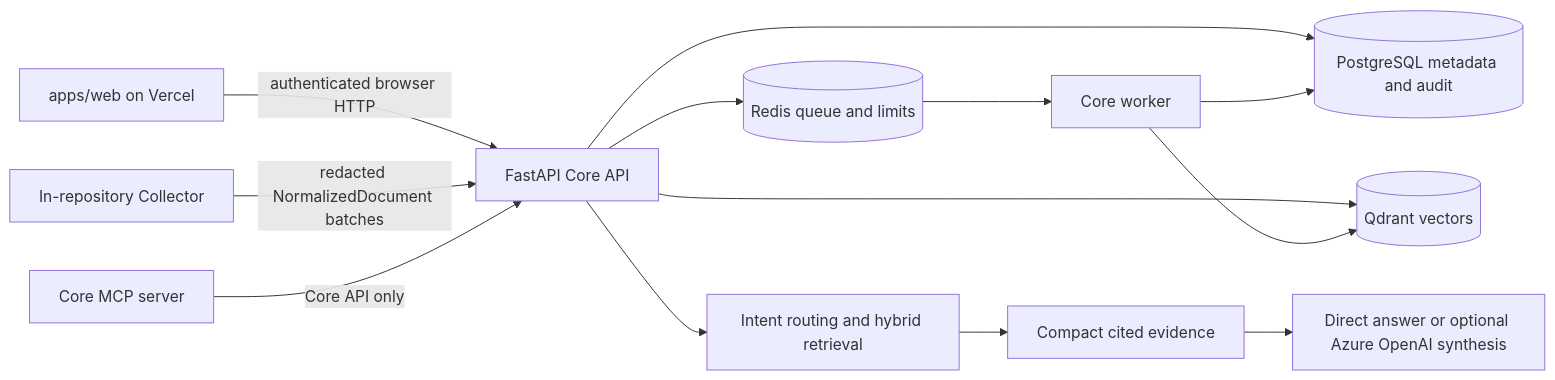
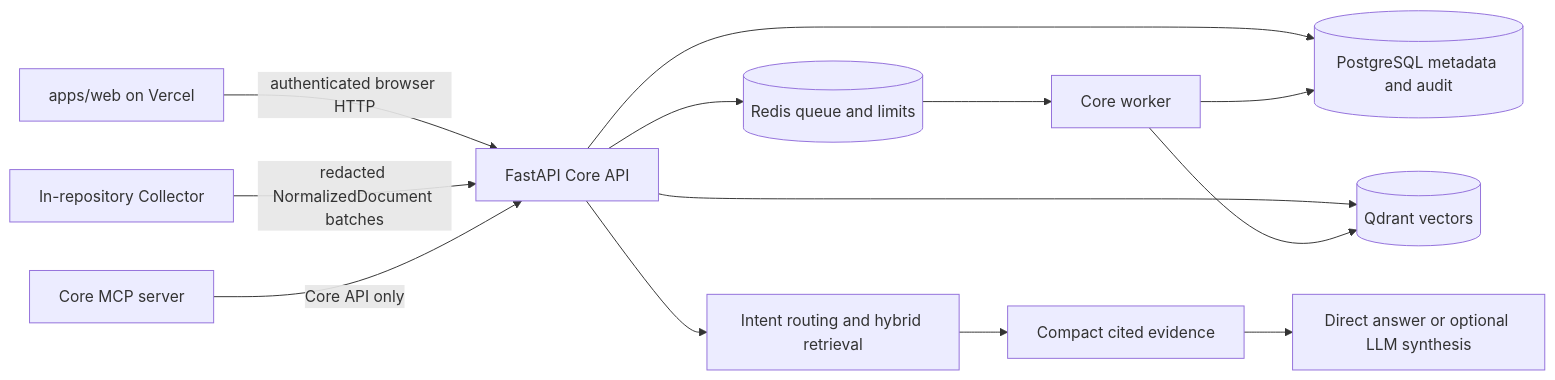
Before and after one commit to Auro-rium/Ops-Incident-Core: the diagram in README.md, drawn with Mermaid. The commit also changed other lines of this file and 1 other file, not shown here.

```diff
--- a/README.md
+++ b/README.md
@@ -28,15 +28,15 @@
 ~~~mermaid
 flowchart LR
   F[apps/web on Vercel] -->|authenticated browser HTTP| API[FastAPI Core API]
   C[In-repository Collector] -->|redacted NormalizedDocument batches| API
   API --> PG[(PostgreSQL metadata and audit)]
   API --> Q[(Qdrant vectors)]
   API --> R[(Redis queue and limits)]
   R --> W[Core worker]
   W --> PG
   W --> Q
   API --> RET[Intent routing and hybrid retrieval]
   RET --> E[Compact cited evidence]
-  E --> A[Direct answer or optional Azure OpenAI synthesis]
+  E --> A[Direct answer or optional LLM synthesis]
   M[Core MCP server] -->|Core API only| API
 ~~~
```
